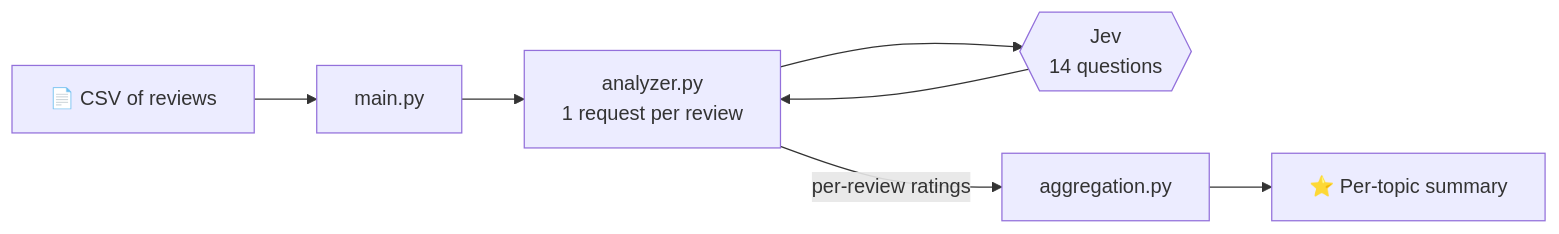
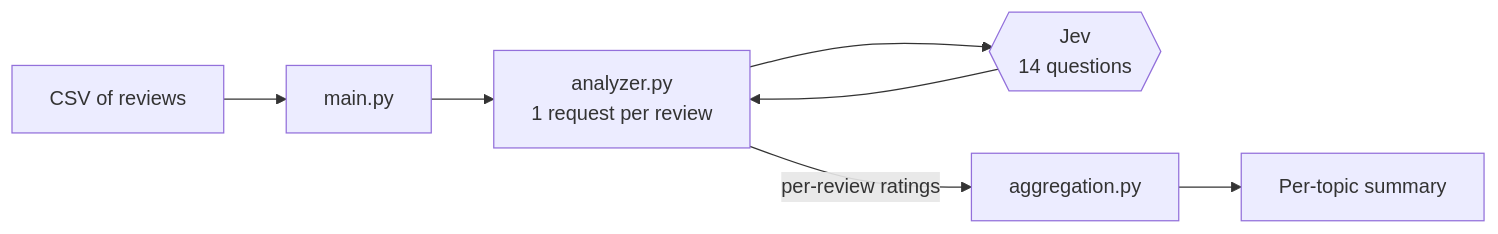
One commit to saksham110206/review-system-by-JEV changed the diagram in README.md. Above: the diagram before and after it, drawn with Mermaid. The commit also changed other lines of this file, not shown here.

````diff
--- a/README.md
+++ b/README.md
@@ -34,9 +34,9 @@
 ```mermaid
 flowchart LR
-    A[📄 CSV of reviews] --> B[main.py]
+    A[ CSV of reviews] --> B[main.py]
     B --> C[analyzer.py<br/>1 request per review]
     C --> D{{Jev<br/>14 questions}}
     D --> C
     C -->|"per-review ratings"| E[aggregation.py]
-    E --> F[⭐ Per-topic summary]
+    E --> F[ Per-topic summary]
 ```
````
